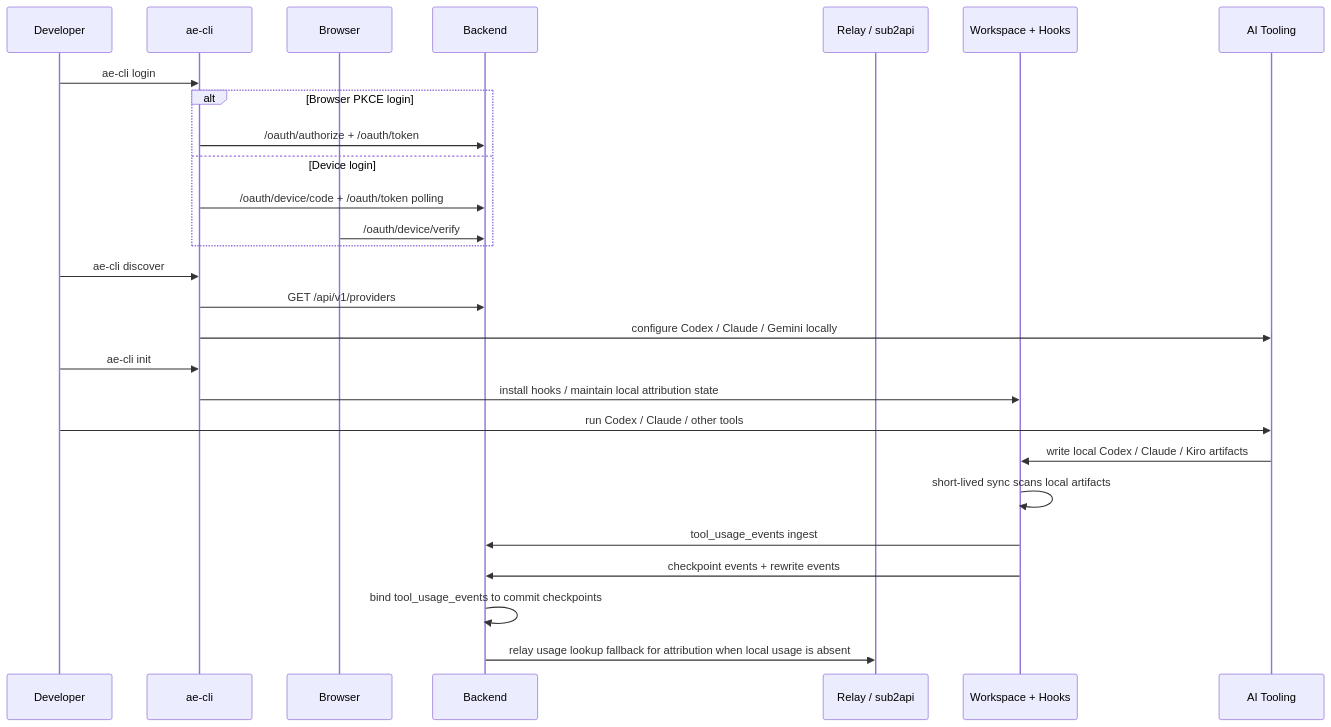
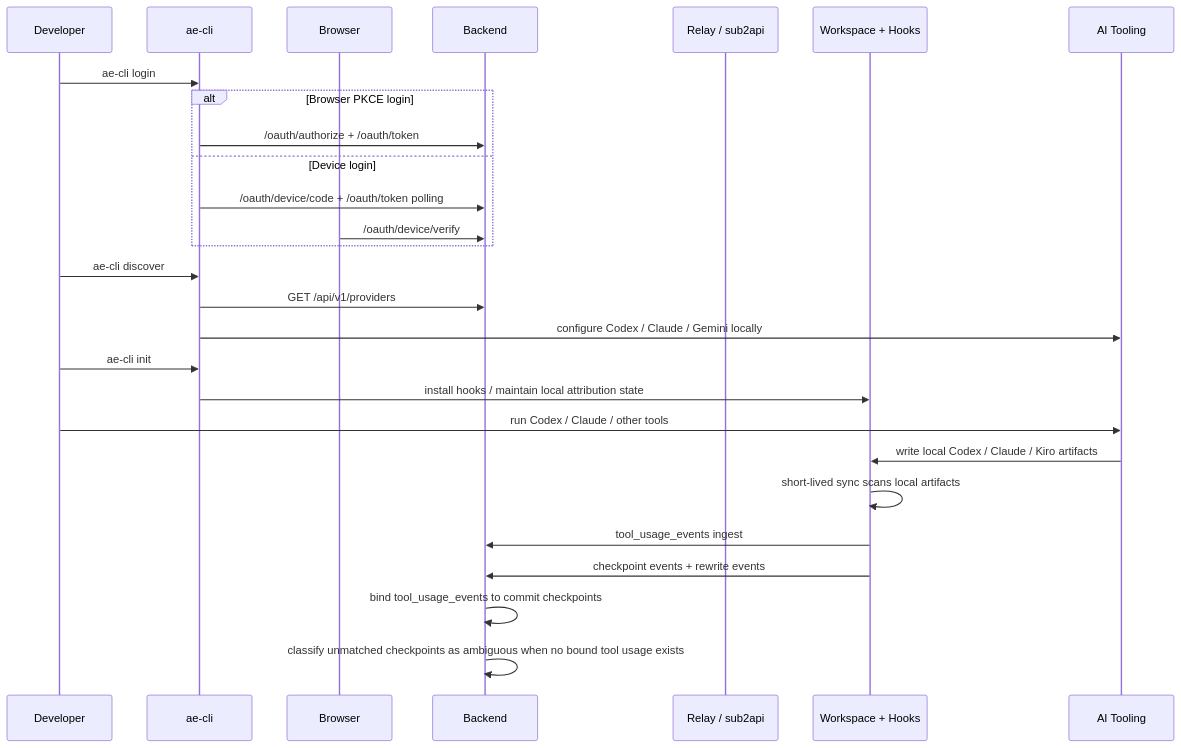
The third of 4 diagrams in docs/architecture.md (LichKing-2234/ai-efficiency), drawn with Mermaid before and after one commit. The commit also changed other lines of this file and 119 other files, not shown here.

````diff
--- a/docs/architecture.md
+++ b/docs/architecture.md
@@ -126,30 +126,30 @@
 ```mermaid
 sequenceDiagram
     participant Dev as Developer
     participant CLI as ae-cli
     participant Browser as Browser
     participant BE as Backend
     participant Relay as Relay / sub2api
     participant WS as Workspace + Hooks
     participant Tool as AI Tooling
 
     Dev->>CLI: ae-cli login
     alt Browser PKCE login
         CLI->>BE: /oauth/authorize + /oauth/token
     else Device login
         CLI->>BE: /oauth/device/code + /oauth/token polling
         Browser->>BE: /oauth/device/verify
     end
     Dev->>CLI: ae-cli discover
     CLI->>BE: GET /api/v1/providers
     CLI->>Tool: configure Codex / Claude / Gemini locally
     Dev->>CLI: ae-cli init
     CLI->>WS: install hooks / maintain local attribution state
     Dev->>Tool: run Codex / Claude / other tools
     Tool->>WS: write local Codex / Claude / Kiro artifacts
     WS->>WS: short-lived sync scans local artifacts
     WS->>BE: tool_usage_events ingest
     WS->>BE: checkpoint events + rewrite events
     BE->>BE: bind tool_usage_events to commit checkpoints
-    BE->>Relay: relay usage lookup fallback for attribution when local usage is absent
+    BE->>BE: classify unmatched checkpoints as ambiguous when no bound tool usage exists
 ```
````
